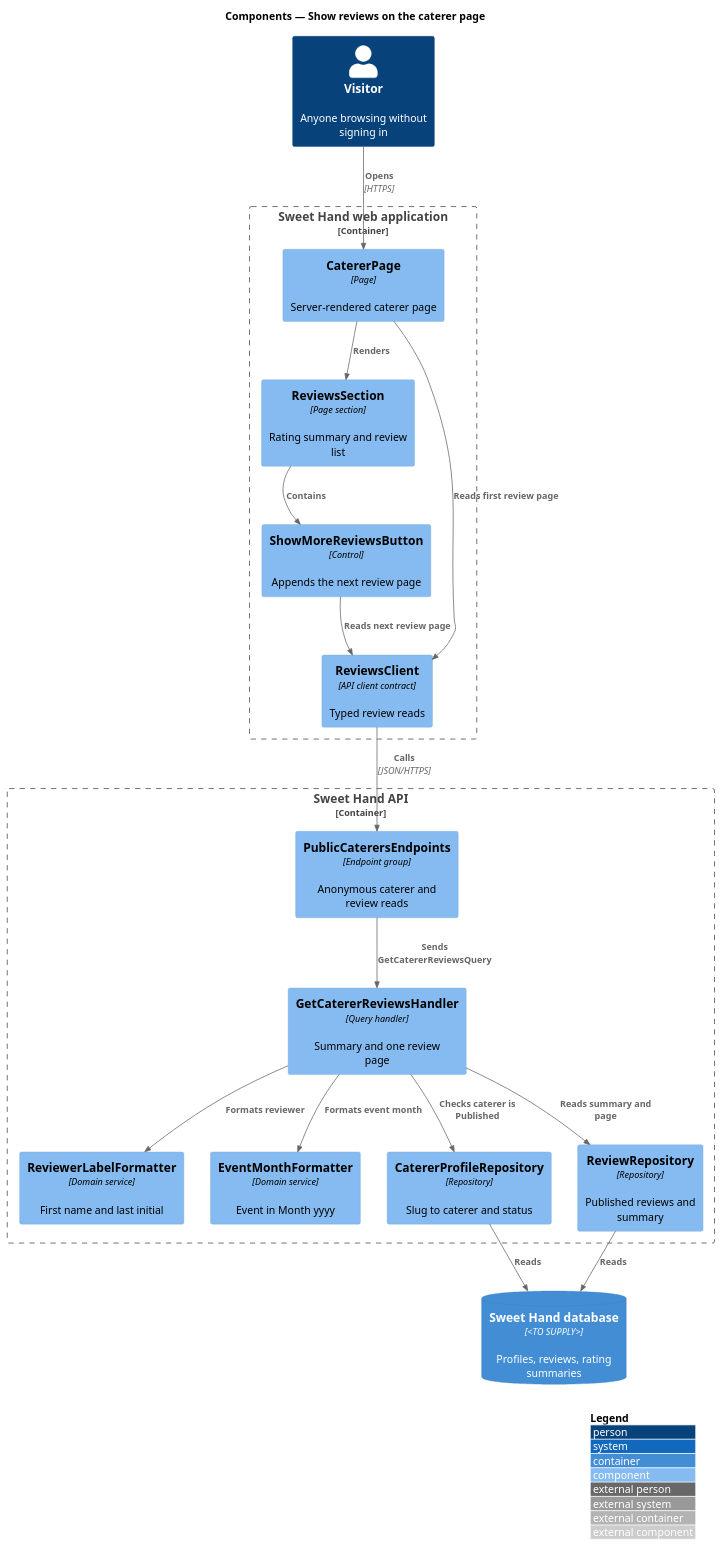
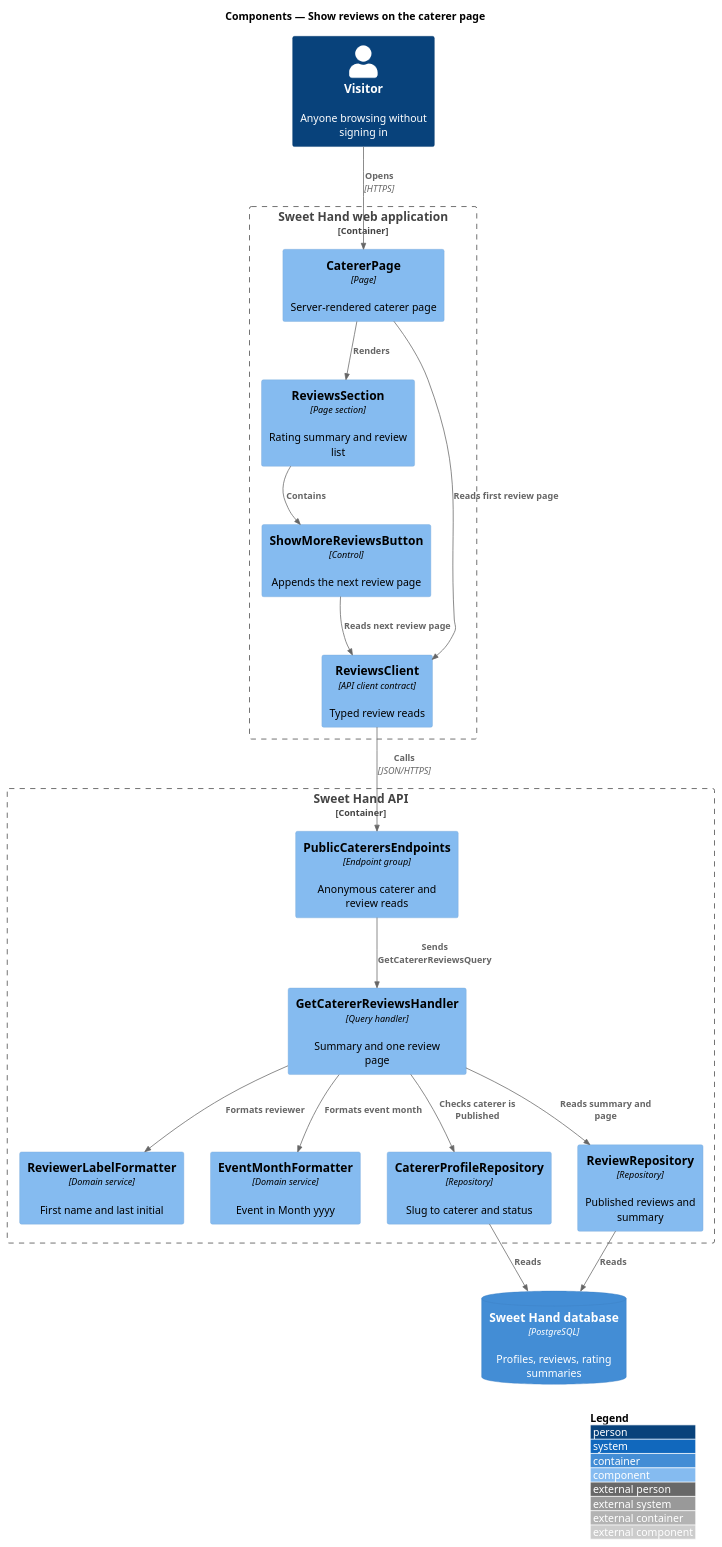
Before and after one commit to QuinntyneBrown/sweet-hand: the diagram in docs/detailed-designs/reviews/show-reviews/diagrams/c4-component.puml, drawn with PlantUML. The commit also changed 21 other files, not shown here.

```diff
--- a/docs/detailed-designs/reviews/show-reviews/diagrams/c4-component.puml
+++ b/docs/detailed-designs/reviews/show-reviews/diagrams/c4-component.puml
@@ -1,38 +1,38 @@
 @startuml
 !include <C4/C4_Component>
 LAYOUT_WITH_LEGEND()
 title Components — Show reviews on the caterer page
 
 Person(visitor, "Visitor", "Anyone browsing without signing in")
 
 Container_Boundary(web, "Sweet Hand web application") {
   Component(page, "CatererPage", "Page", "Server-rendered caterer page")
   Component(section, "ReviewsSection", "Page section", "Rating summary and review list")
   Component(more, "ShowMoreReviewsButton", "Control", "Appends the next review page")
   Component(client, "ReviewsClient", "API client contract", "Typed review reads")
 }
 
 Container_Boundary(api, "Sweet Hand API") {
   Component(endpoints, "PublicCaterersEndpoints", "Endpoint group", "Anonymous caterer and review reads")
   Component(handler, "GetCatererReviewsHandler", "Query handler", "Summary and one review page")
   Component(labelFmt, "ReviewerLabelFormatter", "Domain service", "First name and last initial")
   Component(monthFmt, "EventMonthFormatter", "Domain service", "Event in Month yyyy")
   Component(profRepo, "CatererProfileRepository", "Repository", "Slug to caterer and status")
   Component(revRepo, "ReviewRepository", "Repository", "Published reviews and summary")
 }
-ContainerDb(db, "Sweet Hand database", "<TO SUPPLY>", "Profiles, reviews, rating summaries")
+ContainerDb(db, "Sweet Hand database", "PostgreSQL", "Profiles, reviews, rating summaries")
 
 Rel(visitor, page, "Opens", "HTTPS")
 Rel(page, section, "Renders")
 Rel(section, more, "Contains")
 Rel(page, client, "Reads first review page")
 Rel(more, client, "Reads next review page")
 Rel(client, endpoints, "Calls", "JSON/HTTPS")
 Rel(endpoints, handler, "Sends GetCatererReviewsQuery")
 Rel(handler, profRepo, "Checks caterer is Published")
 Rel(handler, revRepo, "Reads summary and page")
 Rel(handler, labelFmt, "Formats reviewer")
 Rel(handler, monthFmt, "Formats event month")
 Rel(profRepo, db, "Reads")
 Rel(revRepo, db, "Reads")
 @enduml
```
